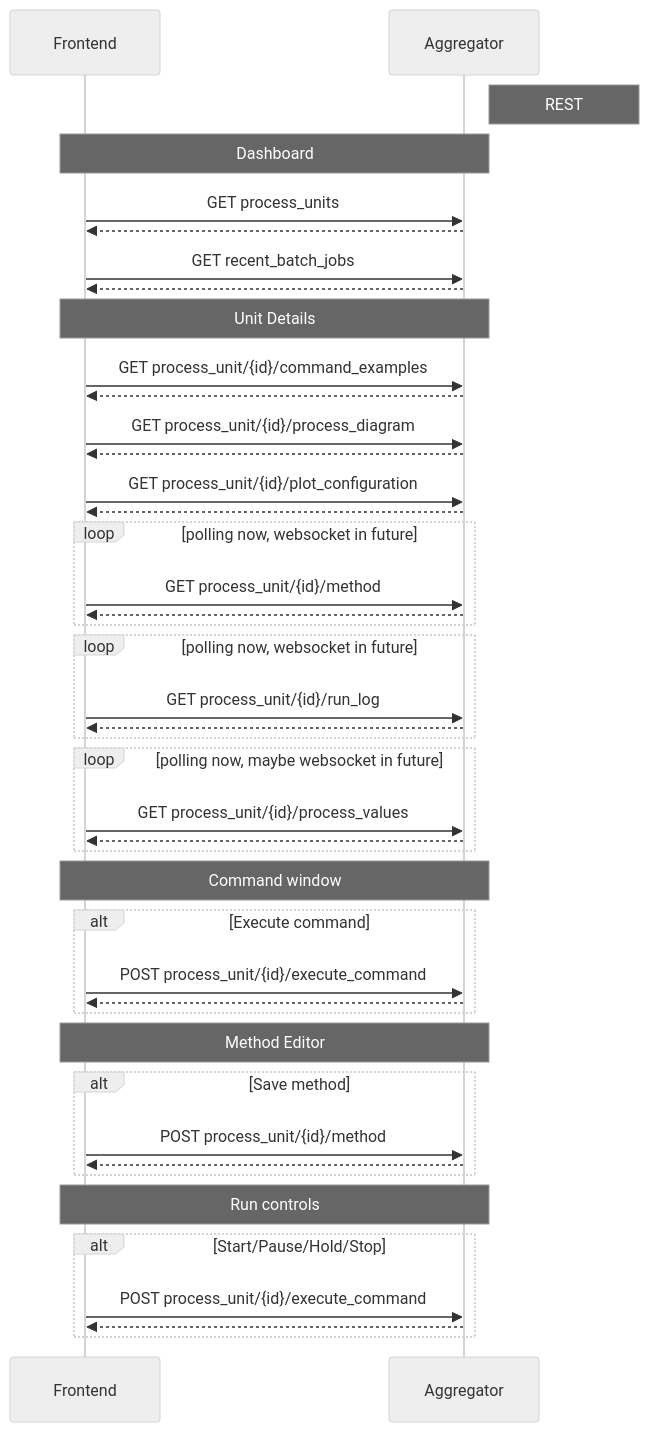
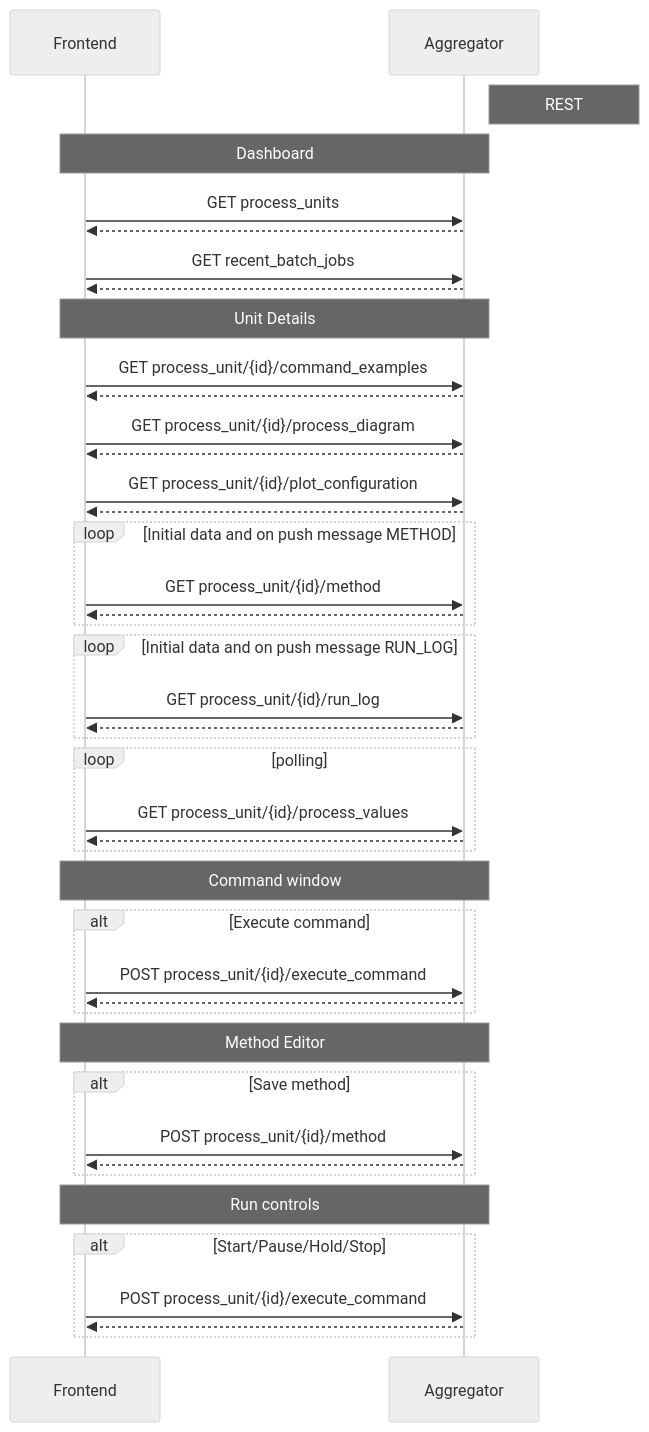
Before and after one commit to Open-Pectus/Open-Pectus: the first of 5 diagrams in DEVELOPMENT.md, drawn with Mermaid (neutral theme). The commit also changed other lines of this file, not shown here.

Commit message:
Completed protocol diagrams

````diff
--- a/DEVELOPMENT.md
+++ b/DEVELOPMENT.md
@@ -329,53 +338,53 @@
 ```mermaid
 sequenceDiagram
     participant F as Frontend
     participant A as Aggregator
 
     Note right of A: REST
 
     Note over F, A: Dashboard
     F ->> A: GET process_units
     A -->> F: 
     F ->> A: GET recent_batch_jobs
     A -->> F: 
 
     Note over F, A: Unit Details
 
     F ->> A: GET process_unit/{id}/command_examples
     A -->> F: 
     F ->> A: GET process_unit/{id}/process_diagram
     A -->> F: 
     F ->> A: GET process_unit/{id}/plot_configuration
     A -->> F: 
 
-    loop polling now, websocket in future
+    loop Initial data and on push message METHOD
     F ->> A: GET process_unit/{id}/method
     A -->> F: 
     end
-    loop polling now, websocket in future
+    loop Initial data and on push message RUN_LOG
     F ->> A: GET process_unit/{id}/run_log
     A -->> F: 
     end
-    loop polling now, maybe websocket in future
+    loop polling
     F ->> A: GET process_unit/{id}/process_values
     A -->> F: 
     end
 
     Note over F, A: Command window
     alt Execute command
     F ->> A: POST process_unit/{id}/execute_command
     A -->> F: 
     end
 
     Note over F, A: Method Editor
     alt Save method
     F ->> A: POST process_unit/{id}/method
     A -->> F: 
     end
 
     Note over F, A: Run controls
     alt Start/Pause/Hold/Stop
     F ->> A: POST process_unit/{id}/execute_command
     A -->> F: 
     end
 ```
````
